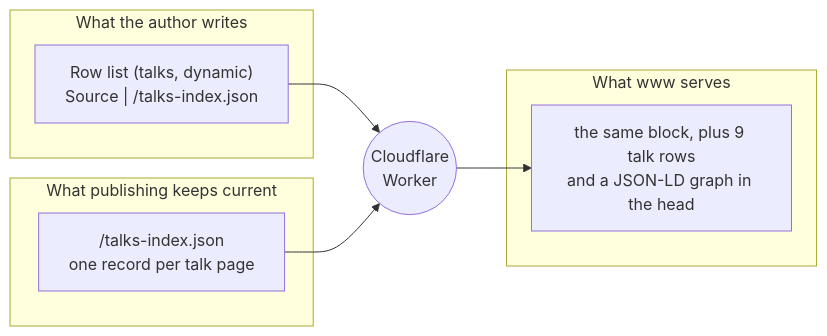
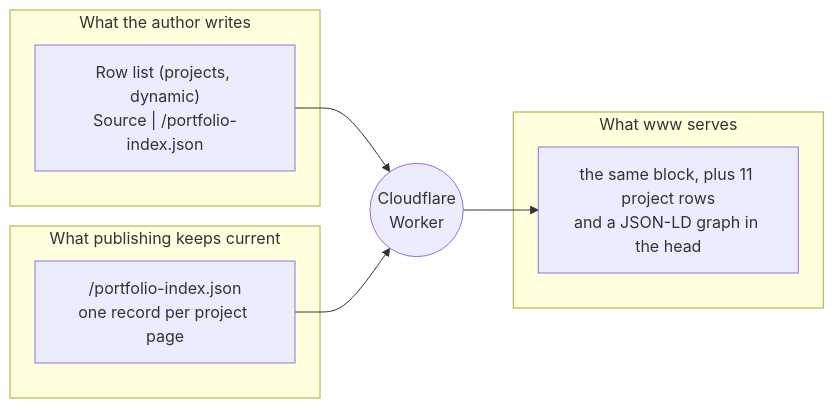
One commit to jackzhaojin/www-eds changed the first of 6 diagrams in docs/edge-rendering.md. Above: the diagram before and after it, drawn with Mermaid. The commit also changed other lines of this file and 57 other files, not shown here.

First line of the commit message:
feat(talks): v1.3.0, no talk pages; talks link out and fold into the portfolio (#14)

````diff
--- a/docs/edge-rendering.md
+++ b/docs/edge-rendering.md
@@ -9,15 +11,15 @@
 ```mermaid
 flowchart LR
   subgraph DA["What the author writes"]
-    a["Row list (talks, dynamic)<br/>Source | /talks-index.json"]
+    a["Row list (projects, dynamic)<br/>Source | /portfolio-index.json"]
   end
   subgraph EDS["What publishing keeps current"]
-    i["/talks-index.json<br/>one record per talk page"]
+    i["/portfolio-index.json<br/>one record per project page"]
   end
   subgraph WWW["What www serves"]
-    s["the same block, plus 9 talk rows<br/>and a JSON-LD graph in the head"]
+    s["the same block, plus 11 project rows<br/>and a JSON-LD graph in the head"]
   end
   a --> w(("Cloudflare<br/>Worker"))
   i --> w
   w --> s
 ```
````
